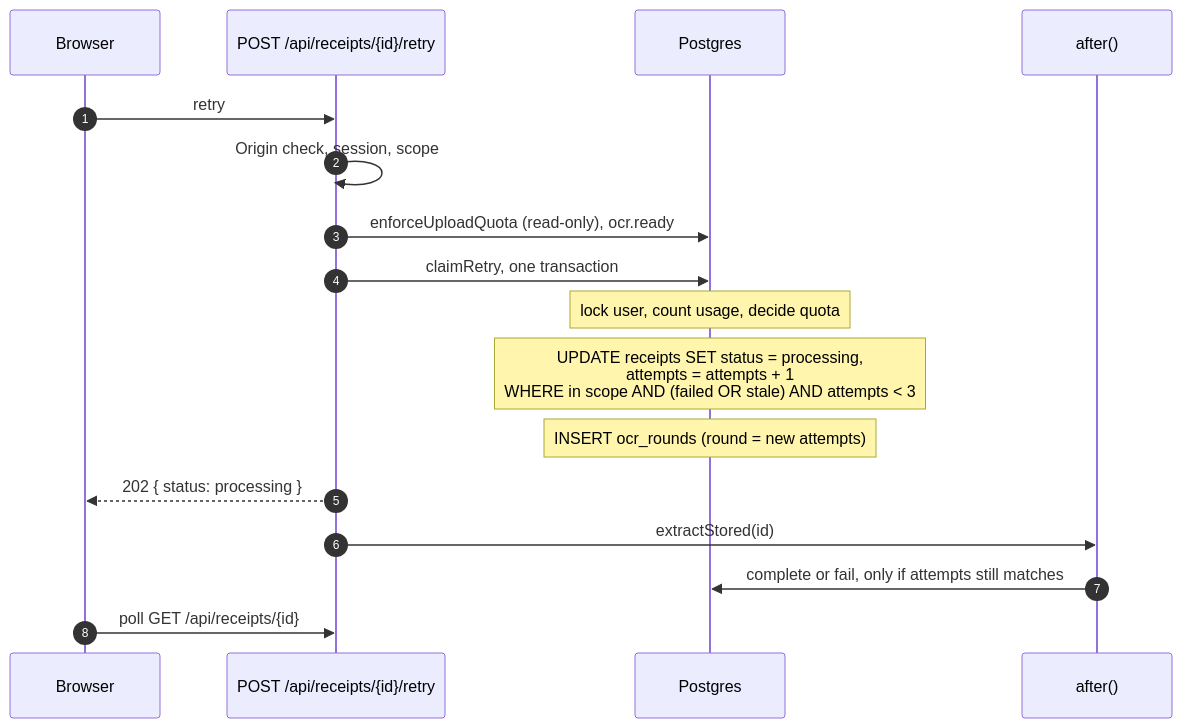
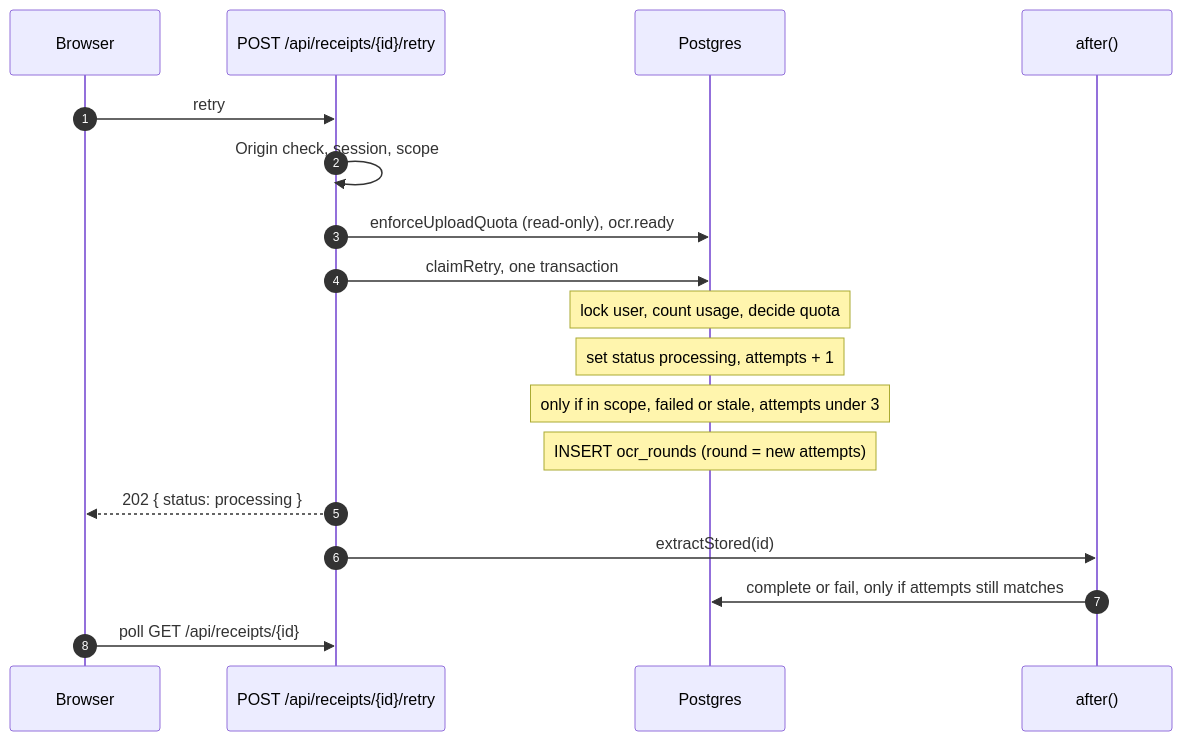
Before and after one commit to bhimrazy/receipt-ocr-app: the first of 2 diagrams in docs/architecture/flows/retry.md, drawn with Mermaid. The commit also changed 9 other files, not shown here.

First line of the commit message:
docs(architecture): apply accuracy review, cover #31 and #32

````diff
--- a/docs/architecture/flows/retry.md
+++ b/docs/architecture/flows/retry.md
@@ -19,20 +19,21 @@
 ```mermaid
 sequenceDiagram
   autonumber
   participant B as Browser
   participant R as POST /api/receipts/{id}/retry
   participant DB as Postgres
   participant A as after()
 
   B->>R: retry
   R->>R: Origin check, session, scope
   R->>DB: enforceUploadQuota (read-only), ocr.ready
   R->>DB: claimRetry, one transaction
   Note over DB: lock user, count usage, decide quota
-  Note over DB: UPDATE receipts SET status = processing,<br/>attempts = attempts + 1<br/>WHERE in scope AND (failed OR stale) AND attempts < 3
+  Note over DB: set status processing, attempts + 1
+  Note over DB: only if in scope, failed or stale, attempts under 3
   Note over DB: INSERT ocr_rounds (round = new attempts)
   R-->>B: 202 { status: processing }
   R->>A: extractStored(id)
   A->>DB: complete or fail, only if attempts still matches
   B->>R: poll GET /api/receipts/{id}
 ```
````
